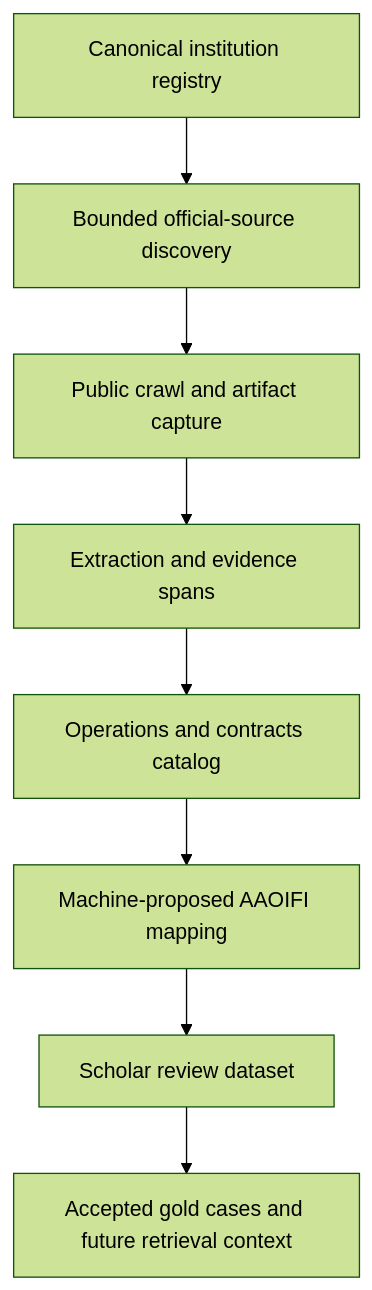
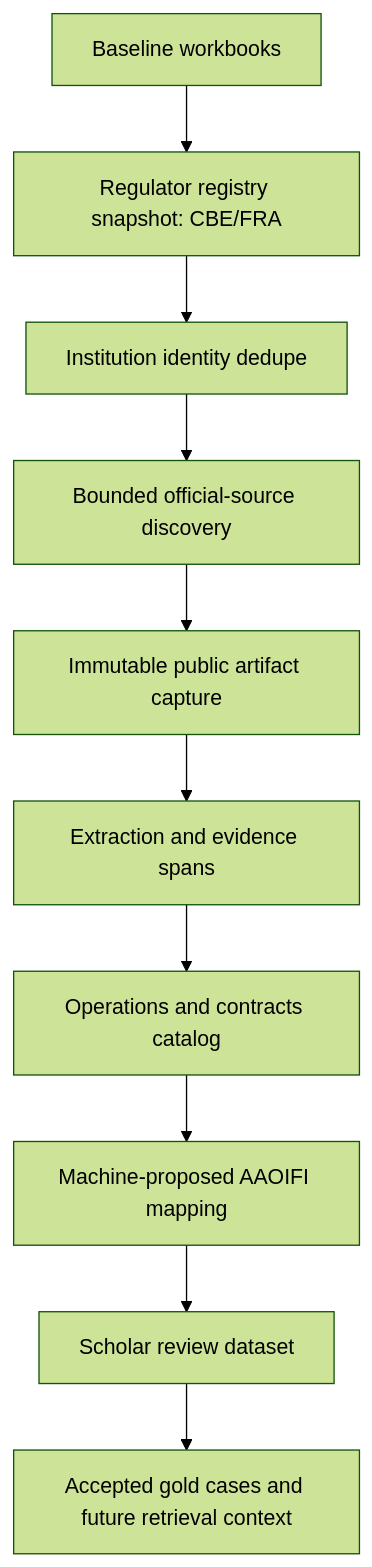
Before and after one commit to AhmedTElKodsh/Mushir-Sharia-Bot: the third of 3 diagrams in .kiro/specs/sharia-compliance-chatbot/design.md, drawn with Mermaid (forest theme). The commit also changed other lines of this file and 30 other files, not shown here.

````diff
--- a/.kiro/specs/sharia-compliance-chatbot/design.md
+++ b/.kiro/specs/sharia-compliance-chatbot/design.md
@@ -479,10 +481,12 @@
 ```mermaid
 flowchart TD
-    R["Canonical institution registry"] --> D["Bounded official-source discovery"]
-    D --> C["Public crawl and artifact capture"]
+    B["Baseline workbooks"] --> R["Regulator registry snapshot: CBE/FRA"]
+    R --> I["Institution identity dedupe"]
+    I --> D["Bounded official-source discovery"]
+    D --> C["Immutable public artifact capture"]
     C --> E["Extraction and evidence spans"]
     E --> O["Operations and contracts catalog"]
     O --> M["Machine-proposed AAOIFI mapping"]
     M --> S["Scholar review dataset"]
     S --> G["Accepted gold cases and future retrieval context"]
 ```
````
